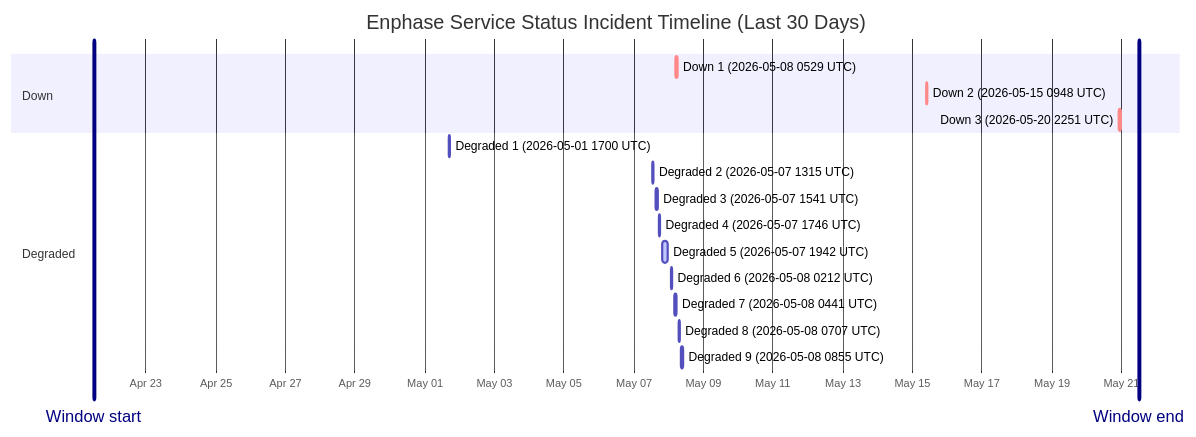
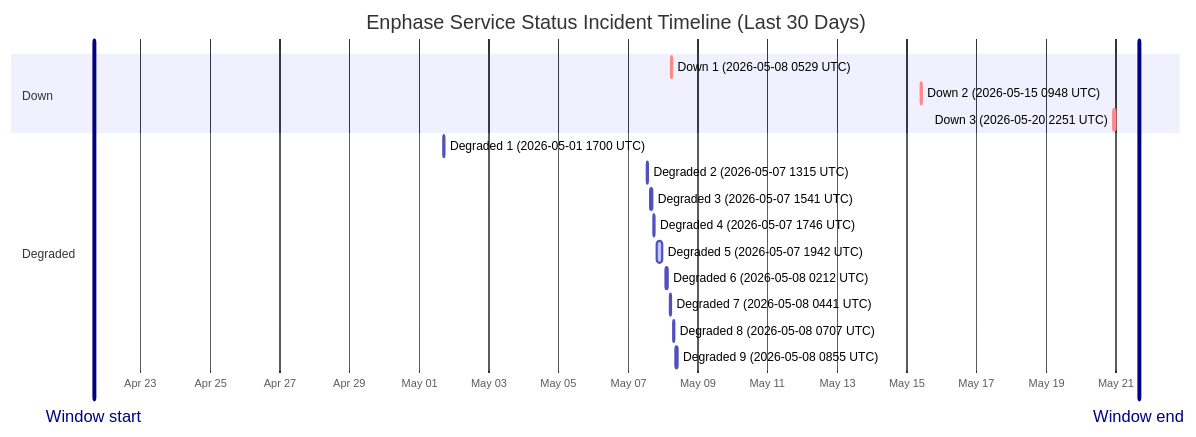
One commit to barneyonline/ha-enphase-ev-charger changed the diagram in wiki/Service-Status-History.md. Above: the diagram before and after it, drawn with Mermaid. The commit also changed other lines of this file and 3 other files, not shown here.

````diff
--- a/wiki/Service-Status-History.md
+++ b/wiki/Service-Status-History.md
@@ -14,22 +14,22 @@
 ```mermaid
 gantt
     title Enphase Service Status Incident Timeline (Last 30 Days)
     dateFormat  YYYY-MM-DDTHH:mm:ss
     axisFormat  %b %d
-    Window start :vert, window-start, 2026-04-21T12:13:31, 0ms
-    Window end :vert, window-end, 2026-05-21T12:13:31, 0ms
+    Window start :vert, window-start, 2026-04-21T15:55:43, 0ms
+    Window end :vert, window-end, 2026-05-21T15:55:43, 0ms
     section Down
     Down 1 (2026-05-08 0529 UTC) :crit, down-1, 2026-05-08T05:29:47, 60m
     Down 2 (2026-05-15 0948 UTC) :crit, down-2, 2026-05-15T09:48:18, 60m
     Down 3 (2026-05-20 2251 UTC) :crit, down-3, 2026-05-20T22:51:14, 75m
     section Degraded
     Degraded 1 (2026-05-01 1700 UTC) :active, degraded-1, 2026-05-01T17:00:22, 60m
     Degraded 2 (2026-05-07 1315 UTC) :active, degraded-2, 2026-05-07T13:15:25, 60m
     Degraded 3 (2026-05-07 1541 UTC) :active, degraded-3, 2026-05-07T15:41:58, 60m
     Degraded 4 (2026-05-07 1746 UTC) :active, degraded-4, 2026-05-07T17:46:51, 60m
     Degraded 5 (2026-05-07 1942 UTC) :active, degraded-5, 2026-05-07T19:42:10, 249m
     Degraded 6 (2026-05-08 0212 UTC) :active, degraded-6, 2026-05-08T02:12:39, 60m
     Degraded 7 (2026-05-08 0441 UTC) :active, degraded-7, 2026-05-08T04:41:46, 60m
     Degraded 8 (2026-05-08 0707 UTC) :active, degraded-8, 2026-05-08T07:07:30, 60m
     Degraded 9 (2026-05-08 0855 UTC) :active, degraded-9, 2026-05-08T08:55:20, 88m
 ```
````
